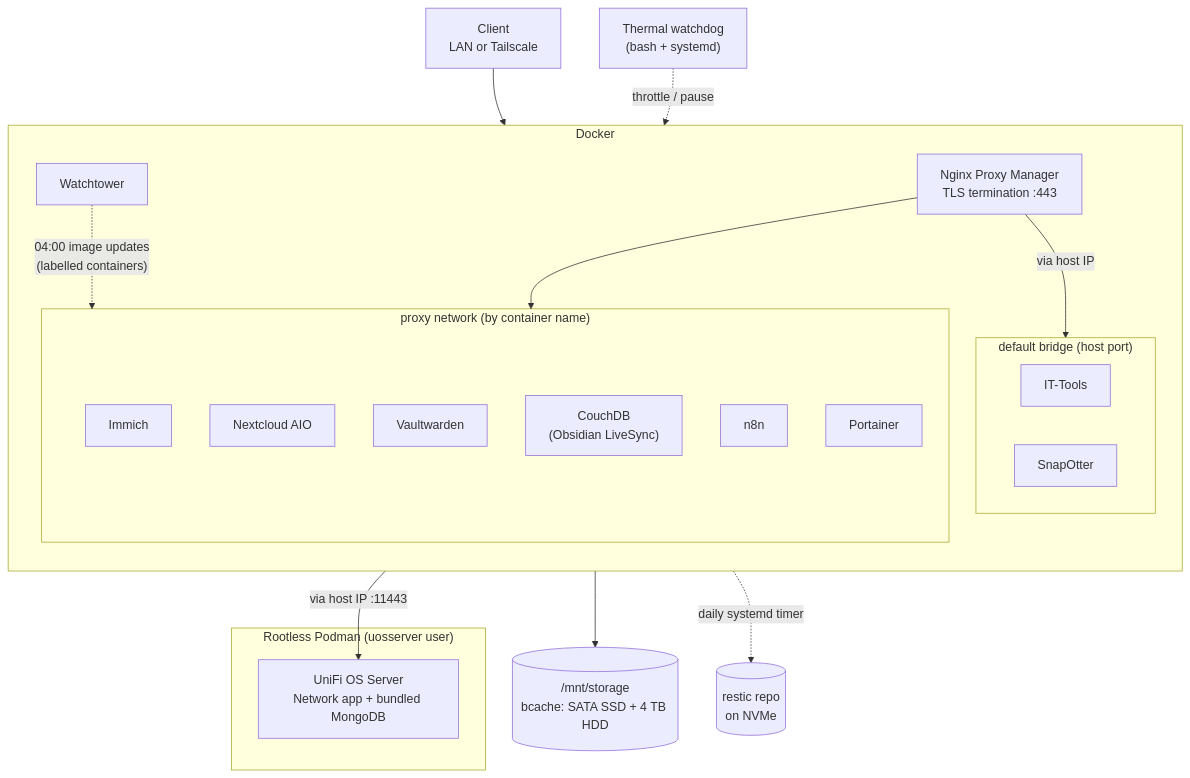
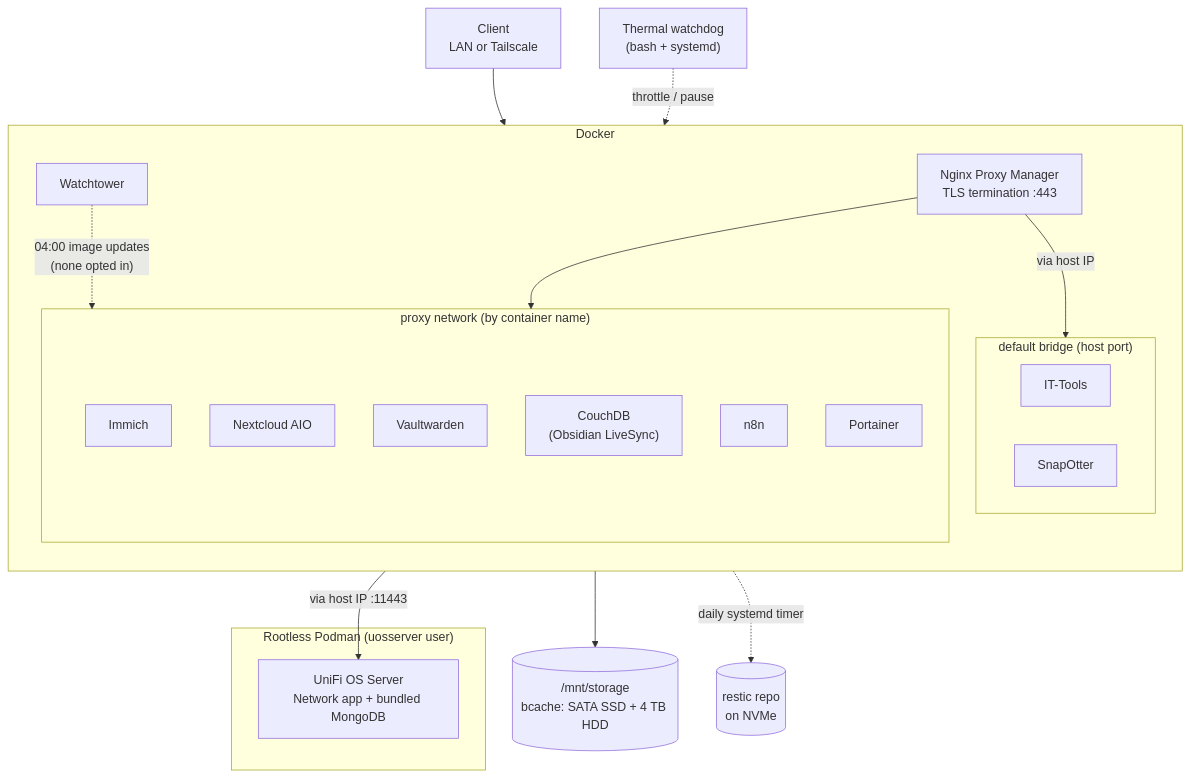
Before and after one commit to schultzn6619/homelab-documentation: the second of 2 diagrams in README.md, drawn with Mermaid. The commit also changed 10 other files, not shown here.

Commit message:
Pin every Watchtower-managed image to its running version

````diff
--- a/README.md
+++ b/README.md
@@ -55,35 +55,35 @@
 ```mermaid
 flowchart TB
     Client[Client<br/>LAN or Tailscale] --> NPM["Nginx Proxy Manager<br/>TLS termination :443"]
 
     subgraph Docker["Docker"]
         direction TB
         NPM
         subgraph Proxy["proxy network (by container name)"]
             Immich
             Nextcloud[Nextcloud AIO]
             Vaultwarden
             CouchDB["CouchDB<br/>(Obsidian LiveSync)"]
             n8n
             Portainer
         end
         subgraph Bridge["default bridge (host port)"]
             ITTools[IT-Tools]
             SnapOtter
         end
-        Watchtower -. "04:00 image updates<br/>(labelled containers)" .-> Proxy
+        Watchtower -. "04:00 image updates<br/>(none opted in)" .-> Proxy
     end
 
     subgraph Podman["Rootless Podman (uosserver user)"]
         UOS["UniFi OS Server<br/>Network app + bundled MongoDB"]
     end
 
     NPM --> Proxy
     NPM -- "via host IP" --> Bridge
     NPM -- "via host IP :11443" --> UOS
 
     Proxy --> Storage[("/mnt/storage<br/>bcache: SATA SSD + 4 TB HDD")]
     Proxy -. "daily systemd timer" .-> Backups[("restic repo<br/>on NVMe")]
 
     Watchdog["Thermal watchdog<br/>(bash + systemd)"] -. "throttle / pause" .-> Immich
 ```
````
